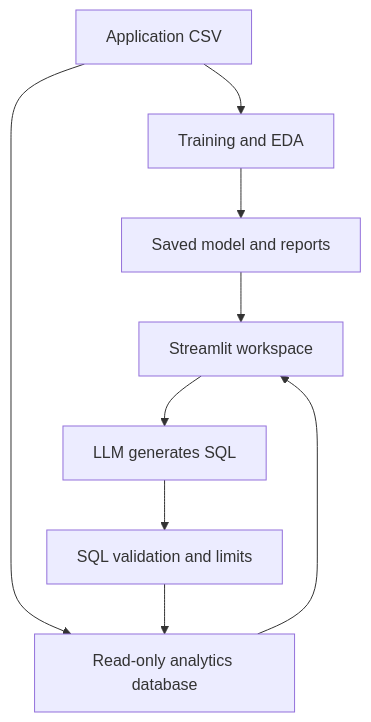
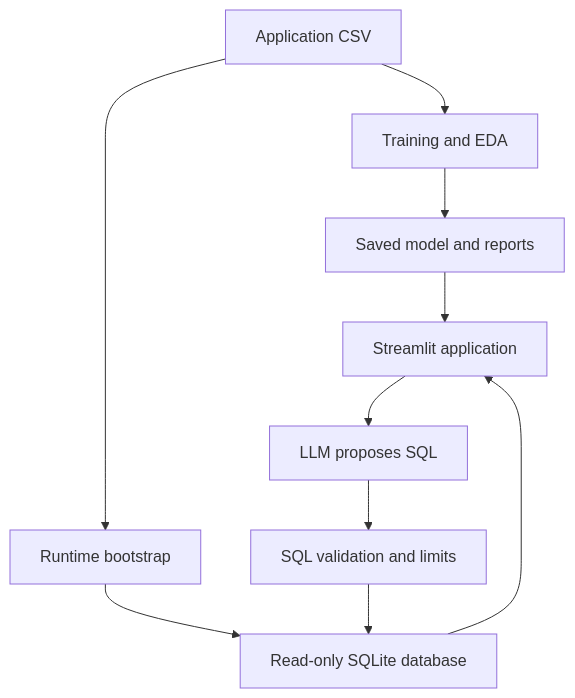
One commit to YashBarjatya22/credit-risk-intelligence-platform changed the diagram in README.md. Above: the diagram before and after it, drawn with Mermaid. The commit also changed other lines of this file and 14 other files, not shown here.

````diff
--- a/README.md
+++ b/README.md
@@ -24,11 +36,12 @@
 ```mermaid
 flowchart TD
   A[Application CSV] --> B[Training and EDA]
   B --> C[Saved model and reports]
-  C --> D[Streamlit workspace]
-  A --> E[Read-only analytics database]
-  D --> F[LLM generates SQL]
-  F --> G[SQL validation and limits]
-  G --> E
-  E --> D
+  C --> D[Streamlit application]
+  A --> E[Runtime bootstrap]
+  E --> F[Read-only SQLite database]
+  D --> G[LLM proposes SQL]
+  G --> H[SQL validation and limits]
+  H --> F
+  F --> D
 ```
````
